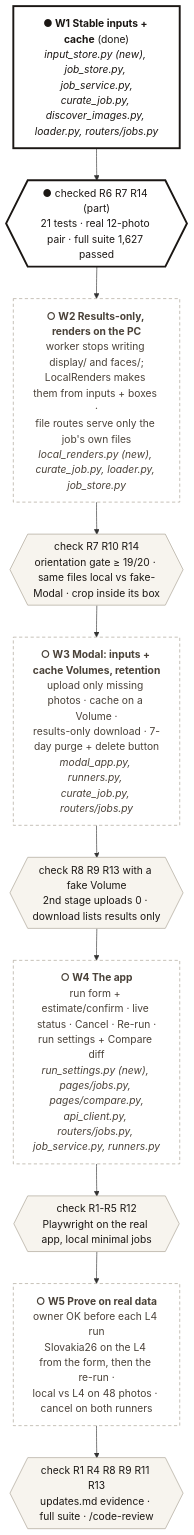
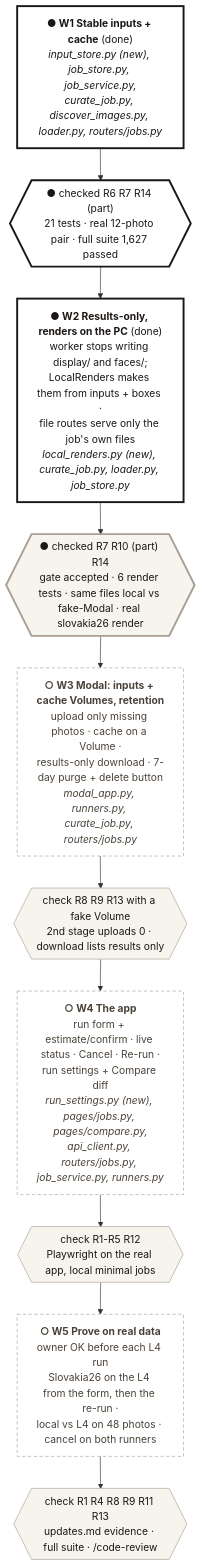
Before and after one commit to jonathanhexner/albumify: the first of 2 diagrams in specs/115-album-workbench/spec.md, drawn with Mermaid. The commit also changed other lines of this file and 24 other files, not shown here.

First line of the commit message:
feat(spec-115 W2): server renders displays and face crops; worker returns results only; fix SIGHTING-141

````diff
--- a/specs/115-album-workbench/spec.md
+++ b/specs/115-album-workbench/spec.md
@@ -38,20 +38,20 @@
 ```mermaid
 flowchart TD
   W1["<b>● W1 Stable inputs + cache</b> (done)<br/><i>input_store.py (new), job_store.py, job_service.py,<br/>curate_job.py, discover_images.py, loader.py, routers/jobs.py</i>"]
   C1{{"● checked R6 R7 R14 (part)<br/>21 tests · real 12-photo pair · full suite 1,627 passed"}}
-  W2["<b>○ W2 Results-only, renders on the PC</b><br/>worker stops writing display/ and faces/;<br/>LocalRenders makes them from inputs + boxes ·<br/>file routes serve only the job's own files<br/><i>local_renders.py (new), curate_job.py, loader.py, job_store.py</i>"]
-  C2{{"check R7 R10 R14<br/>orientation gate ≥ 19/20 · same files local vs fake-Modal · crop inside its box"}}
+  W2["<b>● W2 Results-only, renders on the PC</b> (done)<br/>worker stops writing display/ and faces/;<br/>LocalRenders makes them from inputs + boxes ·<br/>file routes serve only the job's own files<br/><i>local_renders.py (new), curate_job.py, loader.py, job_store.py</i>"]
+  C2{{"● checked R7 R10 (part) R14<br/>gate accepted · 6 render tests · same files local vs fake-Modal · real slovakia26 render"}}
   W3["<b>○ W3 Modal: inputs + cache Volumes, retention</b><br/>upload only missing photos · cache on a Volume ·<br/>results-only download · 7-day purge + delete button<br/><i>modal_app.py, runners.py, curate_job.py, routers/jobs.py</i>"]
   C3{{"check R8 R9 R13 with a fake Volume<br/>2nd stage uploads 0 · download lists results only"}}
   W4["<b>○ W4 The app</b><br/>run form + estimate/confirm · live status · Cancel · Re-run ·<br/>run settings + Compare diff<br/><i>run_settings.py (new), pages/jobs.py, pages/compare.py,<br/>api_client.py, routers/jobs.py, job_service.py, runners.py</i>"]
   C4{{"check R1-R5 R12<br/>Playwright on the real app, local minimal jobs"}}
   W5["<b>○ W5 Prove on real data</b><br/>owner OK before each L4 run<br/>Slovakia26 on the L4 from the form, then the re-run ·<br/>local vs L4 on 48 photos · cancel on both runners"]
   C5{{"check R1 R4 R8 R9 R11 R13<br/>updates.md evidence · full suite · /code-review"}}
   W1 --> C1 --> W2 --> C2 --> W3 --> C3 --> W4 --> C4 --> W5 --> C5
   classDef done fill:#FFFFFF,stroke:#1B1714,stroke-width:3px,color:#1B1714
   classDef todo fill:#FFFFFF,stroke:#A89F92,stroke-width:1px,stroke-dasharray:5 4,color:#4A4239
   classDef check fill:#F7F4EE,stroke:#A89F92,color:#1B1714
-  class W1,C1 done
-  class W2,W3,W4,W5 todo
+  class W1,C1,W2,C2 done
+  class W3,W4,W5 todo
   class C2,C3,C4,C5 check
 ```
````
